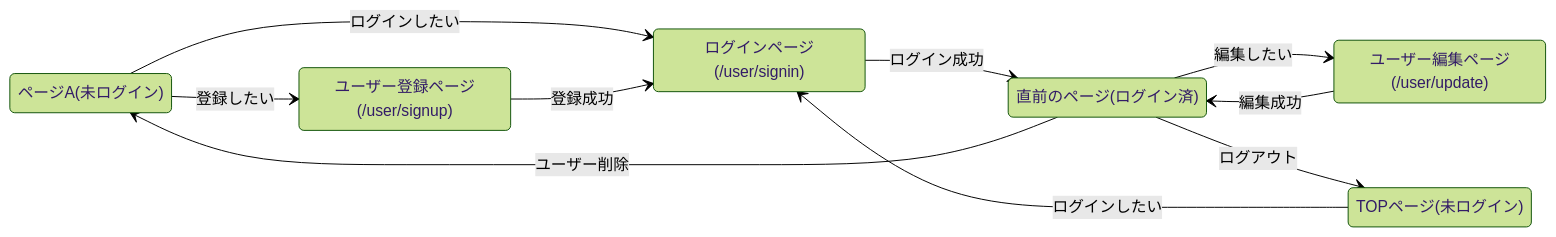
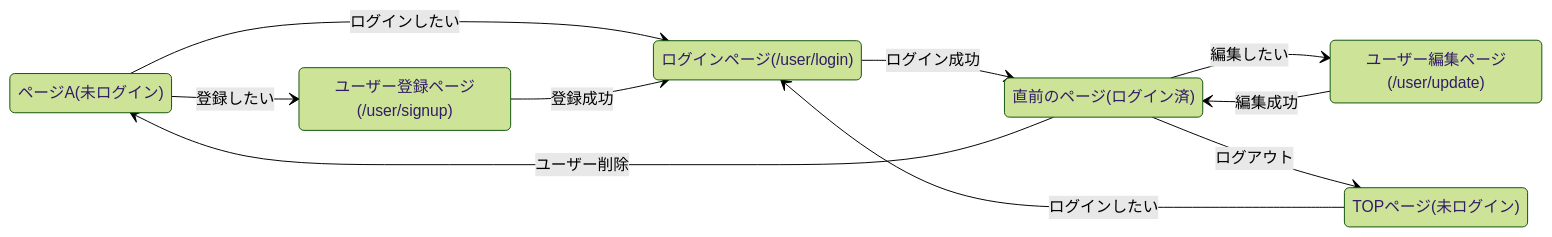
One commit to kentaroh7777/soshoku-kakin2 changed the third of 3 diagrams in doc/api/user.md. Above: the diagram before and after it, drawn with Mermaid (forest theme). The commit also changed other lines of this file and 30 other files, not shown here.

````diff
--- a/doc/api/user.md
+++ b/doc/api/user.md
@@ -54,19 +54,19 @@
 ```mermaid
 stateDiagram-v2
     direction LR
     s1 : ページA(未ログイン)
     s2 : ユーザー登録ページ(/user/signup)
-    s3 : ログインページ(/user/signin)
+    s3 : ログインページ(/user/login)
     s4 : 直前のページ(ログイン済)
     s5 : ユーザー編集ページ(/user/update)
     s6 : TOPページ(未ログイン)
     s1 --> s2 : 登録したい
     s1 --> s3 : ログインしたい
     s2 --> s3 : 登録成功
     s3 --> s4 : ログイン成功
     s4 --> s5 : 編集したい
     s5 --> s4 : 編集成功
     s4 --> s6 : ログアウト
     s6 --> s3 : ログインしたい
     s4 --> s1 : ユーザー削除
 ```
````
